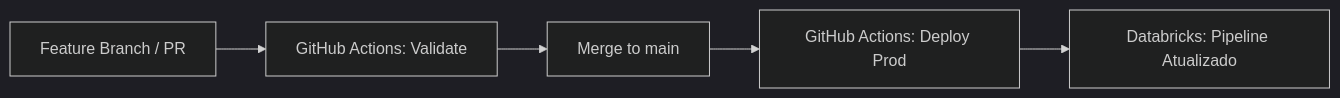
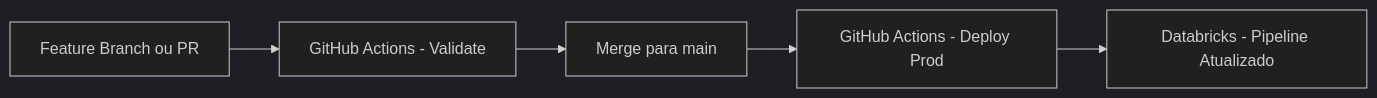
The second of 2 diagrams in README.md (RafaelOCorrea/databricks-lakehouse-dataops), drawn with Mermaid (dark theme) before and after one commit. The commit also changed other lines of this file, not shown here.

Commit message:
docs: sanitize mermaid and markdown formatting for github parser

````diff
--- a/README.md
+++ b/README.md
@@ -91,7 +91,7 @@
 ```mermaid
 flowchart LR
-    DEV["Feature Branch / PR"] --> GHA_VAL["GitHub Actions: Validate"]
-    GHA_VAL --> MERGE["Merge to main"]
-    MERGE --> GHA_DEP["GitHub Actions: Deploy Prod"]
-    GHA_DEP --> DBX["Databricks: Pipeline Atualizado"]
+    DEV[Feature Branch ou PR] --> GHA_VAL[GitHub Actions - Validate]
+    GHA_VAL --> MERGE[Merge para main]
+    MERGE --> GHA_DEP[GitHub Actions - Deploy Prod]
+    GHA_DEP --> DBX[Databricks - Pipeline Atualizado]
 ```
````
